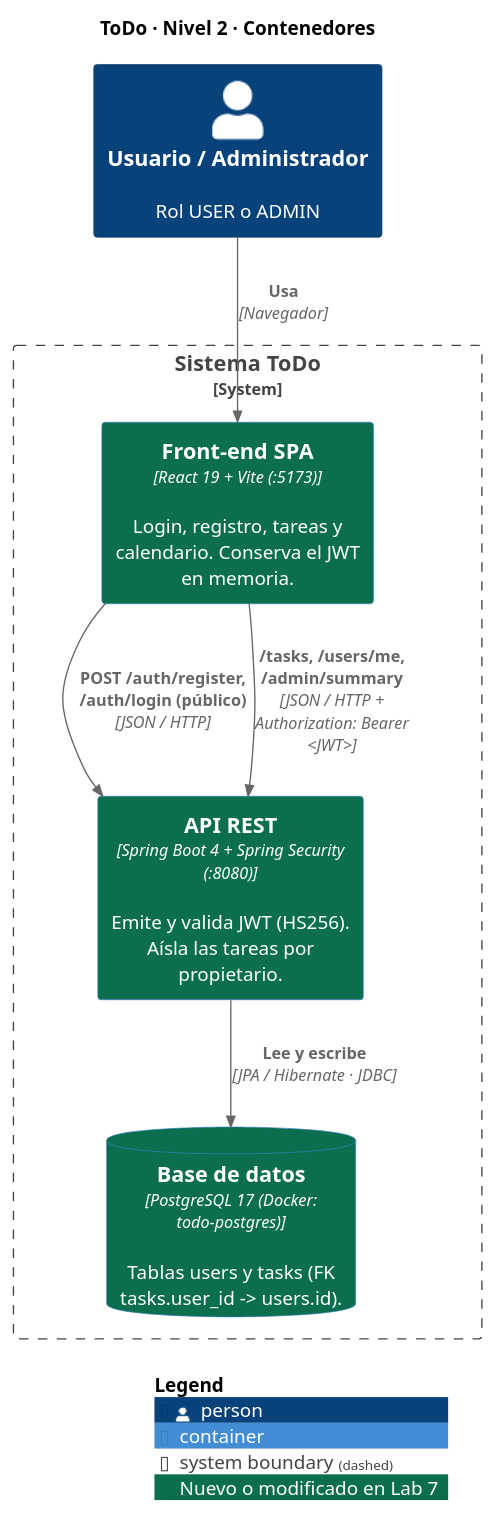
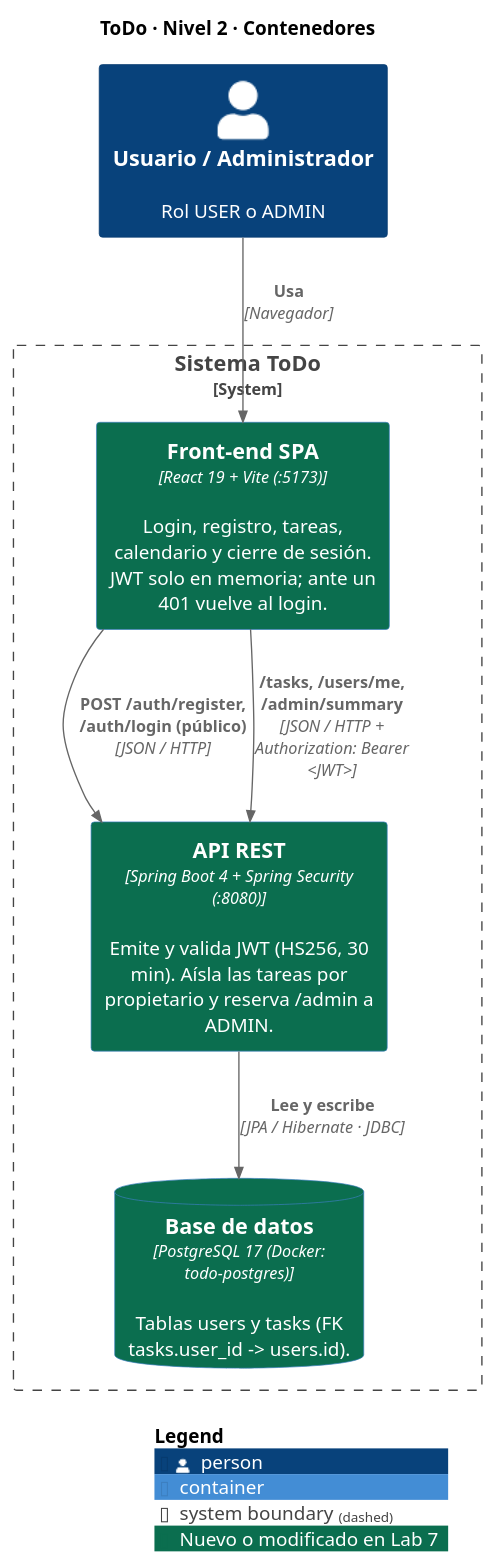
Before and after one commit to Miguelim101/back-end-lab06: the diagram in docs/diagrams/c4_2_containers.puml, drawn with PlantUML. The commit also changed 12 other files, not shown here.

Commit message:
docs(cierre): diagramas finales, informe de seguridad JWT y README con verificación de punta a punta

```diff
--- a/docs/diagrams/c4_2_containers.puml
+++ b/docs/diagrams/c4_2_containers.puml
@@ -1,21 +1,21 @@
 @startuml c4_2_containers
 ' C4 · Nivel 2 · Contenedores (Lab 7: comunicación autenticada con JWT)
 !include <C4/C4_Container>
 
 AddElementTag("nuevo", $bgColor="#0b6e4f", $fontColor="#ffffff", $legendText="Nuevo o modificado en Lab 7")
 title ToDo · Nivel 2 · Contenedores
 
 Person(user, "Usuario / Administrador", "Rol USER o ADMIN")
 
 System_Boundary(todo, "Sistema ToDo") {
-    Container(spa, "Front-end SPA", "React 19 + Vite (:5173)", "Login, registro, tareas y calendario. Conserva el JWT en memoria.", $tags="nuevo")
-    Container(api, "API REST", "Spring Boot 4 + Spring Security (:8080)", "Emite y valida JWT (HS256). Aísla las tareas por propietario.", $tags="nuevo")
+    Container(spa, "Front-end SPA", "React 19 + Vite (:5173)", "Login, registro, tareas, calendario y cierre de sesión. JWT solo en memoria; ante un 401 vuelve al login.", $tags="nuevo")
+    Container(api, "API REST", "Spring Boot 4 + Spring Security (:8080)", "Emite y valida JWT (HS256, 30 min). Aísla las tareas por propietario y reserva /admin a ADMIN.", $tags="nuevo")
     ContainerDb(db, "Base de datos", "PostgreSQL 17 (Docker: todo-postgres)", "Tablas users y tasks (FK tasks.user_id -> users.id).", $tags="nuevo")
 }
 
 Rel(user, spa, "Usa", "Navegador")
 Rel(spa, api, "POST /auth/register, /auth/login (público)", "JSON / HTTP")
 Rel(spa, api, "/tasks, /users/me, /admin/summary", "JSON / HTTP + Authorization: Bearer <JWT>")
 Rel(api, db, "Lee y escribe", "JPA / Hibernate · JDBC")
 SHOW_LEGEND()
 @enduml
```
